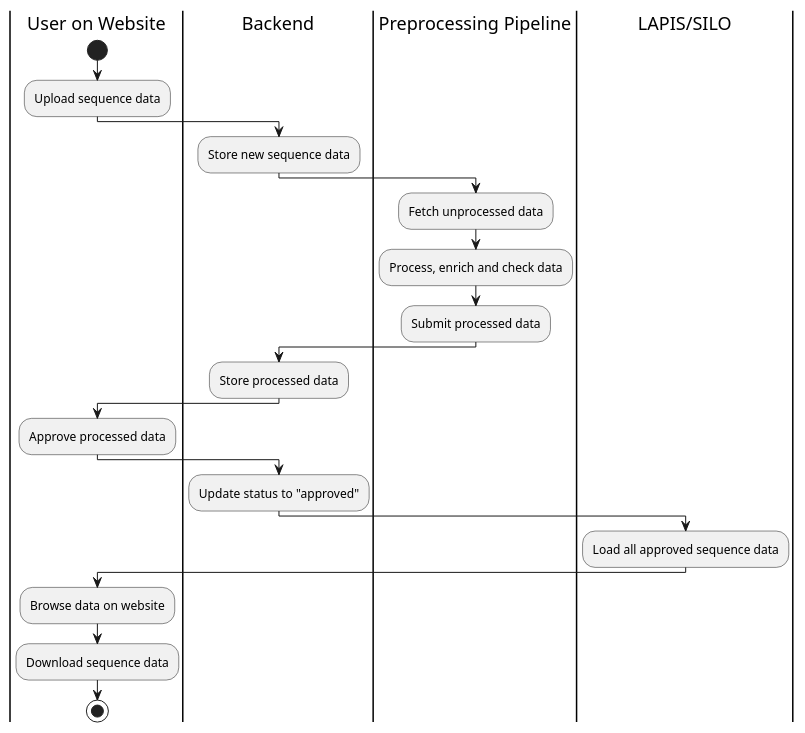
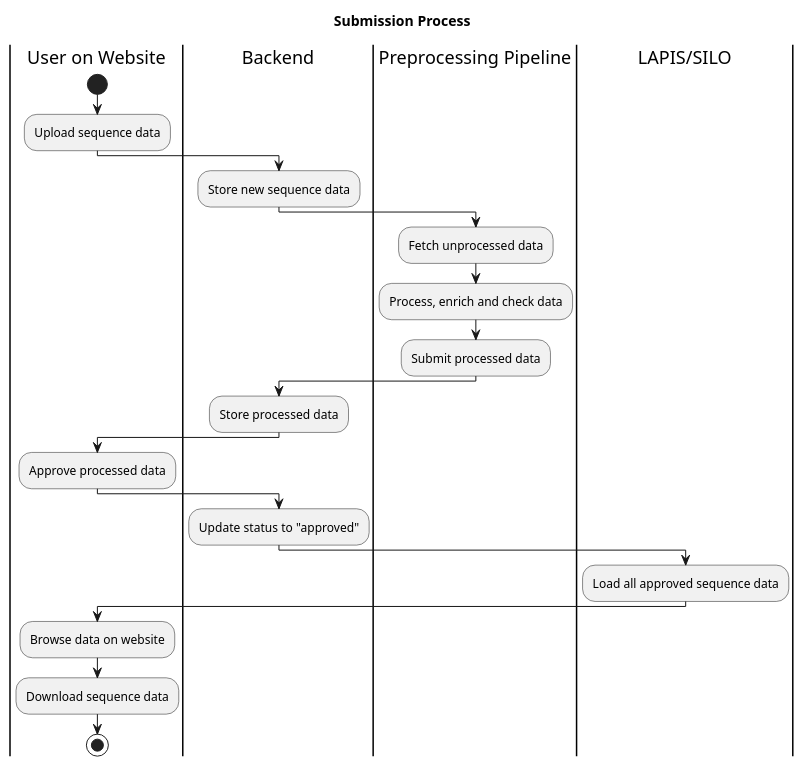
Before and after one commit to loculus-project/loculus: the diagram in architecture_docs/plantuml/06_submission_process.puml, drawn with PlantUML. The commit also changed 8 other files, not shown here.

```diff
--- a/architecture_docs/plantuml/06_submission_process.puml
+++ b/architecture_docs/plantuml/06_submission_process.puml
@@ -1,33 +1,34 @@
 @startuml
+
+title Submission Process
 
 |User on Website|
 start
 :Upload sequence data;
 
 |Backend|
 :Store new sequence data;
 
 |Preprocessing Pipeline|
 :Fetch unprocessed data;
 :Process, enrich and check data;
 :Submit processed data;
 
 |Backend|
 :Store processed data;
 
 |User on Website|
 :Approve processed data;
 
 |Backend|
 :Update status to "approved";
 
 |LAPIS/SILO|
 :Load all approved sequence data;
 
 |User on Website|
 :Browse data on website;
 :Download sequence data;
 stop
 
-
 @enduml
```
